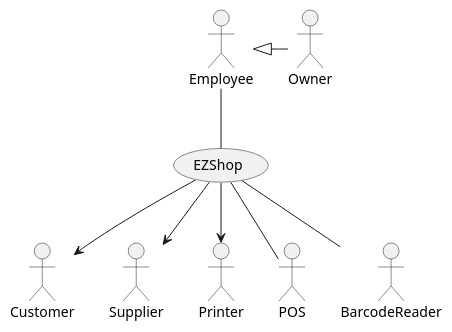
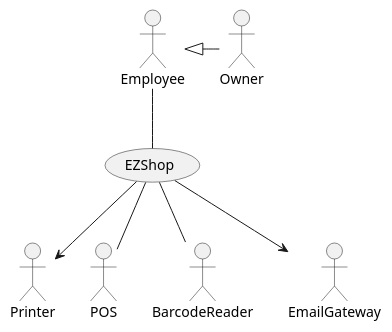
Before and after one commit to thegabriele97/EzShop: the first of 2 diagrams in Deliverables/RequirementsDocument.md, drawn with PlantUML. The commit also changed other lines of this file, not shown here.

Commit message:
docs: added UC Diagram. Added Stories. Updated Context Diagram, Stakeholders, Interfaces, FR

````diff
--- a/Deliverables/RequirementsDocument.md
+++ b/Deliverables/RequirementsDocument.md
@@ -58,22 +59,20 @@
 ```plantuml
 Actor Owner
 Actor Employee
-Actor Customer
-Actor Supplier
 
 Actor Printer
 Actor POS 
 Actor BarcodeReader
+Actor EmailGateway
 
 usecase EZShop
 
 Employee -- EZShop
 Owner -left-|> Employee
 
-EZShop --> Customer
-EZShop --> Supplier
 EZShop --> Printer
+EZShop --> EmailGateway
 
 EZShop -- POS
 EZShop -- BarcodeReader
 ```
````
